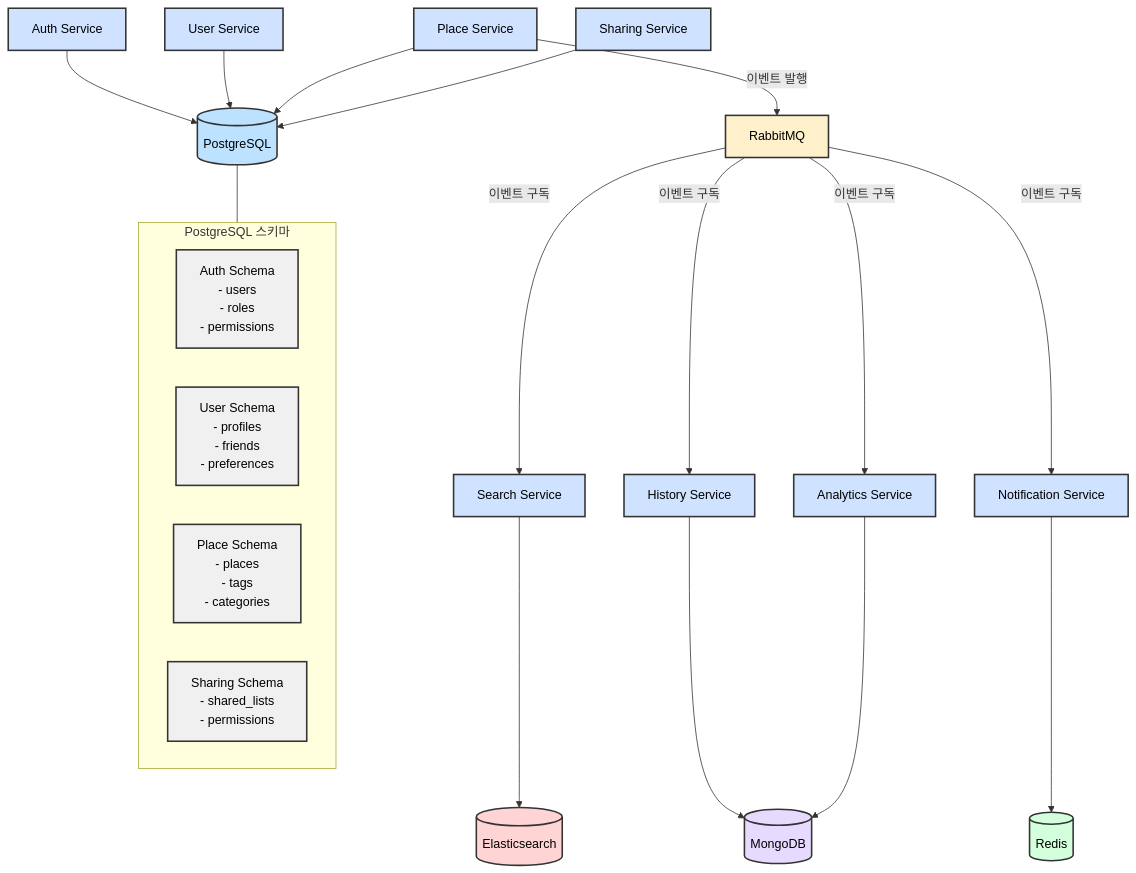
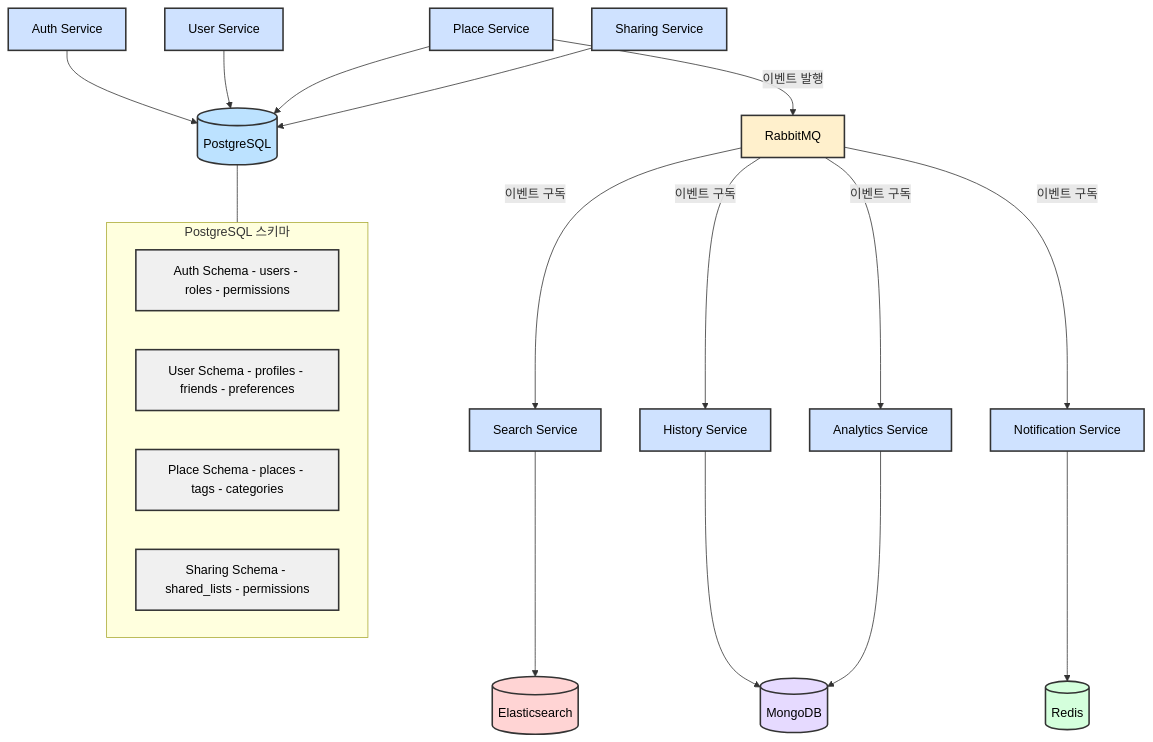
One commit to sch0718/landmark changed the fifth of 7 diagrams in README.md. Above: the diagram before and after it, drawn with Mermaid. The commit also changed other lines of this file, not shown here.

Commit message:
docs: README.md mermaid 줄바꿈 수정

````diff
--- a/README.md
+++ b/README.md
@@ -547,66 +573,66 @@
 ```mermaid
 flowchart TB
     %% 서비스 및 데이터베이스
     auth["Auth Service"]
     user["User Service"]
     place["Place Service"]
     search["Search Service"]
     history["History Service"]
     sharing["Sharing Service"]
     notif["Notification Service"]
     analytics["Analytics Service"]
     
     postgres[(PostgreSQL)]
     mongodb[(MongoDB)]
     elastic[(Elasticsearch)]
     redis[(Redis)]
     rabbit[RabbitMQ]
     
     %% 데이터 흐름
     auth --> postgres
     user --> postgres
     place --> postgres
     sharing --> postgres
     
     search --> elastic
     
     history --> mongodb
     analytics --> mongodb
     
     notif --> redis
     
     %% 이벤트 흐름
     place -->|이벤트 발행| rabbit
     rabbit -->|이벤트 구독| search
     rabbit -->|이벤트 구독| history
     rabbit -->|이벤트 구독| notif
     rabbit -->|이벤트 구독| analytics
     
     %% 데이터베이스 내부 구조
     subgraph postgres_schema["PostgreSQL 스키마"]
-        auth_schema["Auth Schema\n- users\n- roles\n- permissions"]
-        user_schema["User Schema\n- profiles\n- friends\n- preferences"]
-        place_schema["Place Schema\n- places\n- tags\n- categories"]
-        sharing_schema["Sharing Schema\n- shared_lists\n- permissions"]
+        auth_schema["Auth Schema - users - roles - permissions"]
+        user_schema["User Schema - profiles - friends - preferences"]
+        place_schema["Place Schema - places - tags - categories"]
+        sharing_schema["Sharing Schema - shared_lists - permissions"]
     end
     
     postgres --- postgres_schema
     
     %% 스타일 정의
     classDef service fill:#cfe2ff,stroke:#333,stroke-width:2px,color:#000;
     classDef postgres fill:#bce2ff,stroke:#333,stroke-width:2px,color:#000;
     classDef mongodb fill:#e6daff,stroke:#333,stroke-width:2px,color:#000;
     classDef elastic fill:#ffd4d4,stroke:#333,stroke-width:2px,color:#000;
     classDef redis fill:#d4ffdc,stroke:#333,stroke-width:2px,color:#000;
     classDef rabbit fill:#fff0cc,stroke:#333,stroke-width:2px,color:#000;
     classDef schema fill:#f0f0f0,stroke:#333,stroke-width:2px,color:#000;
     
     %% 스타일 적용
     class auth,user,place,search,history,sharing,notif,analytics service;
     class postgres postgres;
     class mongodb mongodb;
     class elastic elastic;
     class redis redis;
     class rabbit rabbit;
     class auth_schema,user_schema,place_schema,sharing_schema schema;
 ```
````
